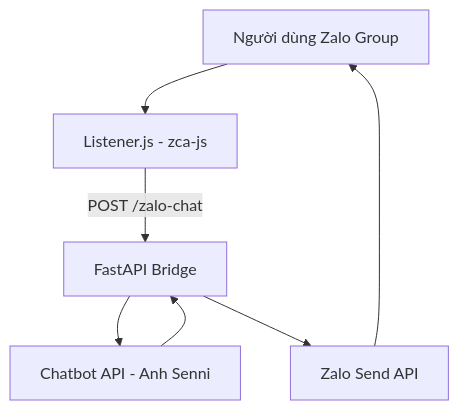
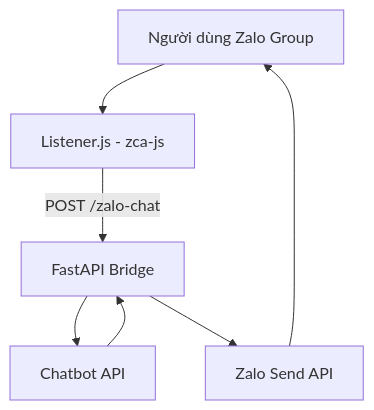
One commit to Hainguyen752004/bimatnho changed the diagram in README.md. Above: the diagram before and after it, drawn with Mermaid.

````diff
--- a/README.md
+++ b/README.md
@@ -26,9 +26,9 @@
 ```mermaid
 flowchart TD
     A[Người dùng Zalo Group] --> B[Listener.js - zca-js]
     B -->|POST /zalo-chat| C[FastAPI Bridge]
-    C --> D[Chatbot API - Anh Senni]
+    C --> D[Chatbot API]
     D --> C
     C --> E[Zalo Send API]
     E --> A
 ```
````
